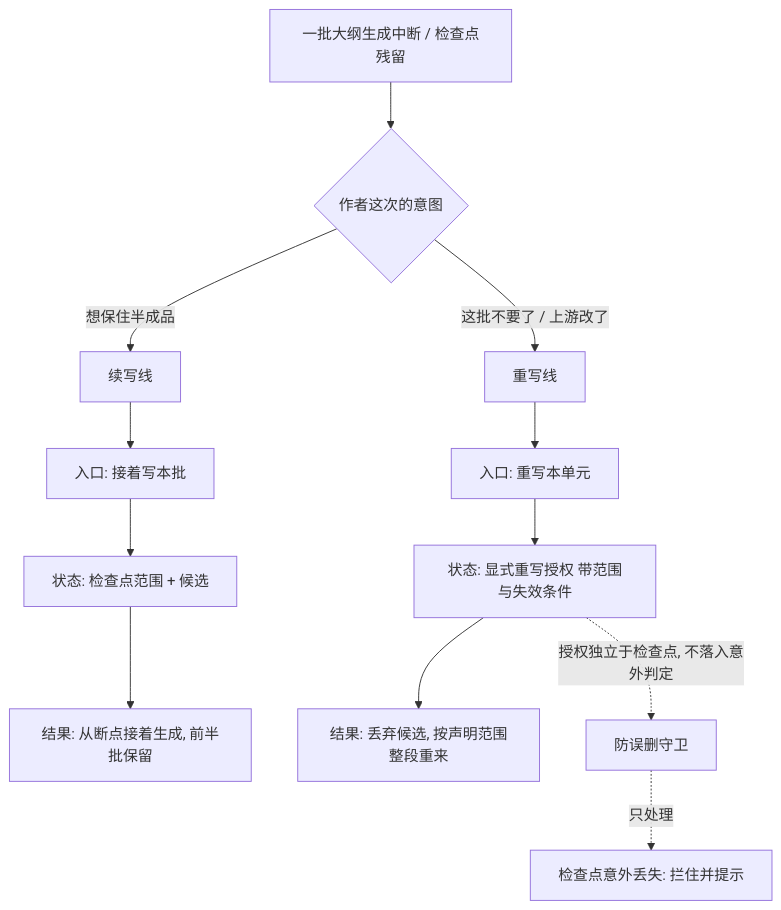
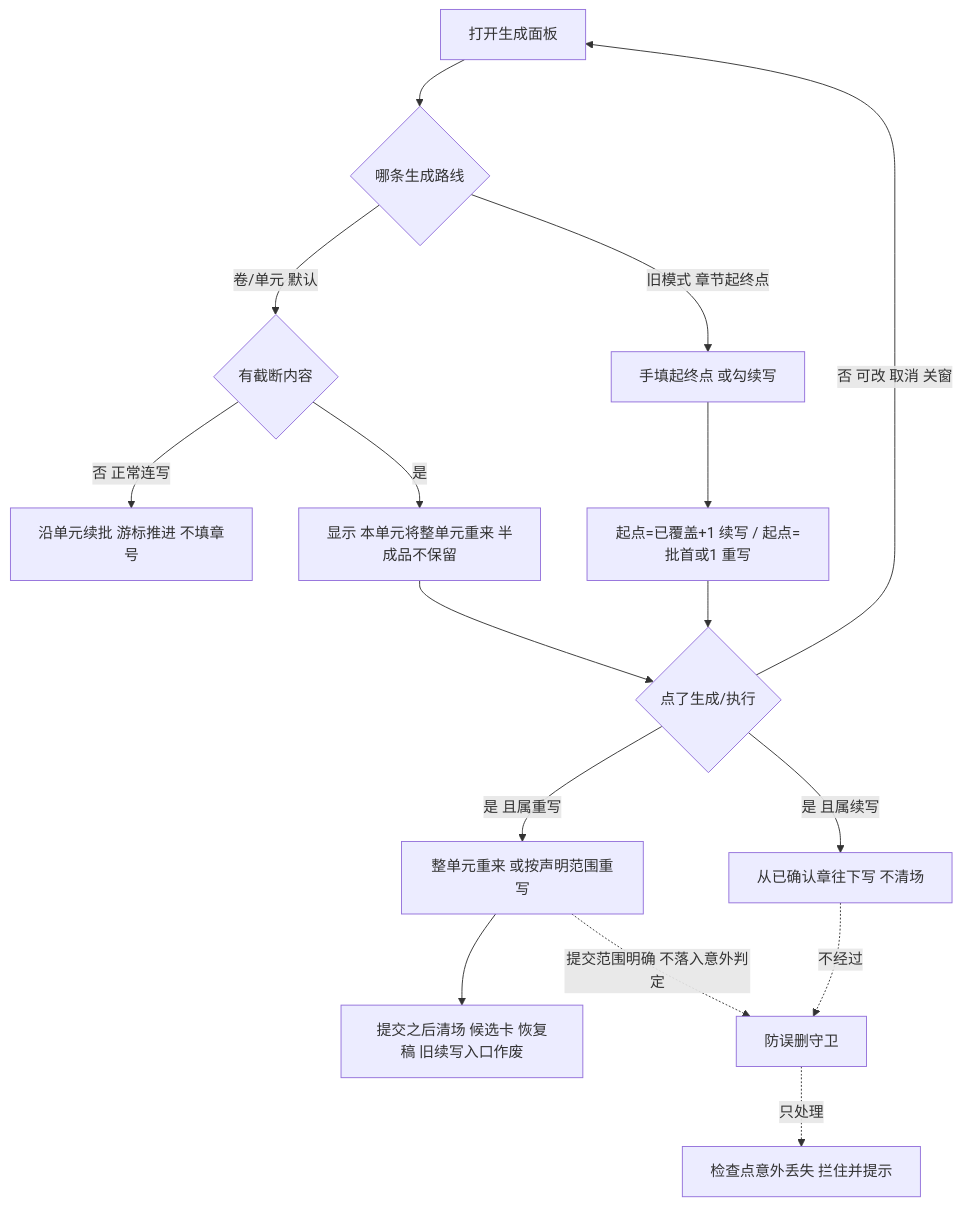
The second of 3 diagrams in docs/design/architecture/d8-checkpoint-degradation-design.md (byfbaish/AI-Novel-Writer), drawn with Mermaid before and after one commit. The commit also changed other lines of this file and 3 other files, not shown here.

````diff
--- a/docs/design/architecture/d8-checkpoint-degradation-design.md
+++ b/docs/design/architecture/d8-checkpoint-degradation-design.md
@@ -456,14 +519,18 @@
 ```mermaid
 flowchart TD
-  S[一批大纲生成中断 / 检查点残留] --> Q{作者这次的意图}
-  Q -->|想保住半成品| R[续写线]
-  Q -->|这批不要了 / 上游改了| W[重写线]
-  R --> R1[入口: 接着写本批]
-  R1 --> R2[状态: 检查点范围 + 候选]
-  R2 --> R3[结果: 从断点接着生成, 前半批保留]
-  W --> W1[入口: 重写本单元]
-  W1 --> W2[状态: 显式重写授权 带范围与失效条件]
-  W2 --> W3[结果: 丢弃候选, 按声明范围整段重来]
-  G[防误删守卫] -.只处理.-> X[检查点意外丢失: 拦住并提示]
-  W2 -.授权独立于检查点, 不落入意外判定.-> G
+  S[打开生成面板] --> M{哪条生成路线}
+  M -->|卷/单元 默认| U{有截断内容}
+  M -->|旧模式 章节起终点| O[手填起终点 或勾续写]
+  U -->|否 正常连写| UN[沿单元续批 游标推进 不填章号]
+  U -->|是| UR[显示 本单元将整单元重来 半成品不保留]
+  O --> OC[起点=已覆盖+1 续写 / 起点=批首或1 重写]
+  UR --> E{点了生成/执行}
+  OC --> E
+  E -->|否 可改 取消 关窗| S
+  E -->|是 且属重写| W[整单元重来 或按声明范围重写]
+  E -->|是 且属续写| R[从已确认章往下写 不清场]
+  W --> CL[提交之后清场 候选卡 恢复稿 旧续写入口作废]
+  G[防误删守卫] -.只处理.-> X[检查点意外丢失 拦住并提示]
+  R -.不经过.-> G
+  W -.提交范围明确 不落入意外判定.-> G
 ```
````
